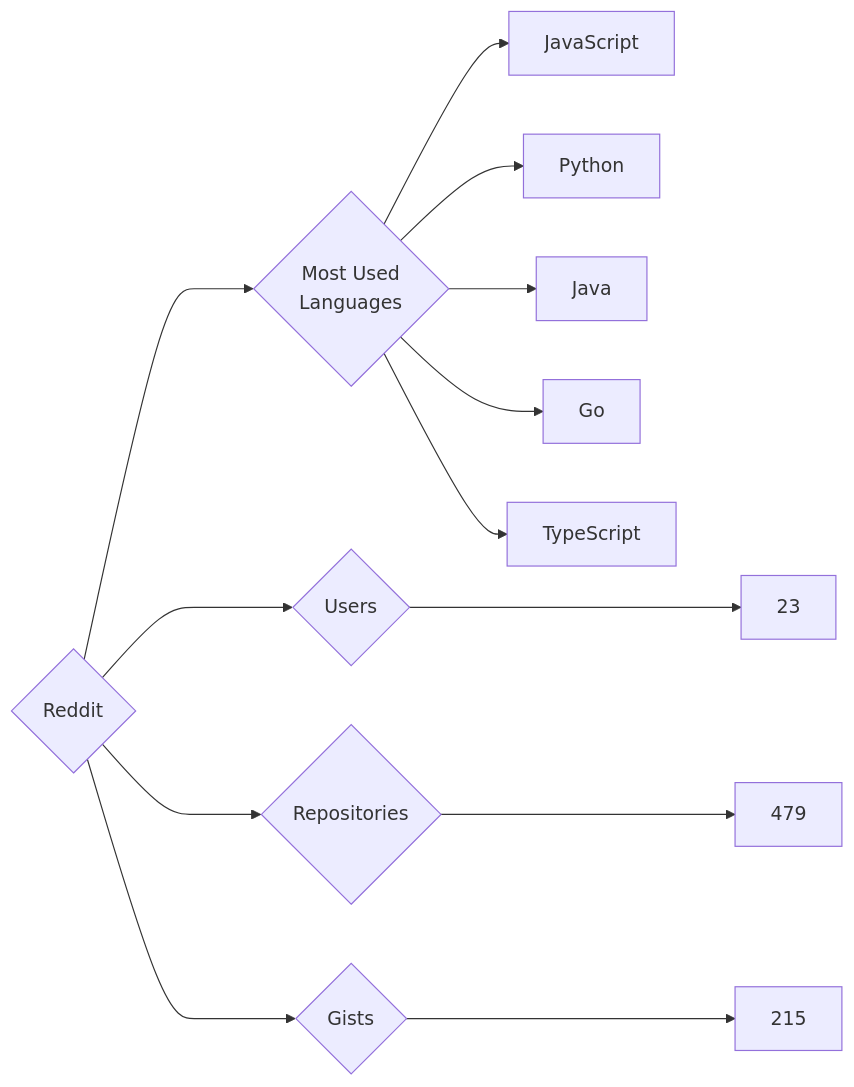
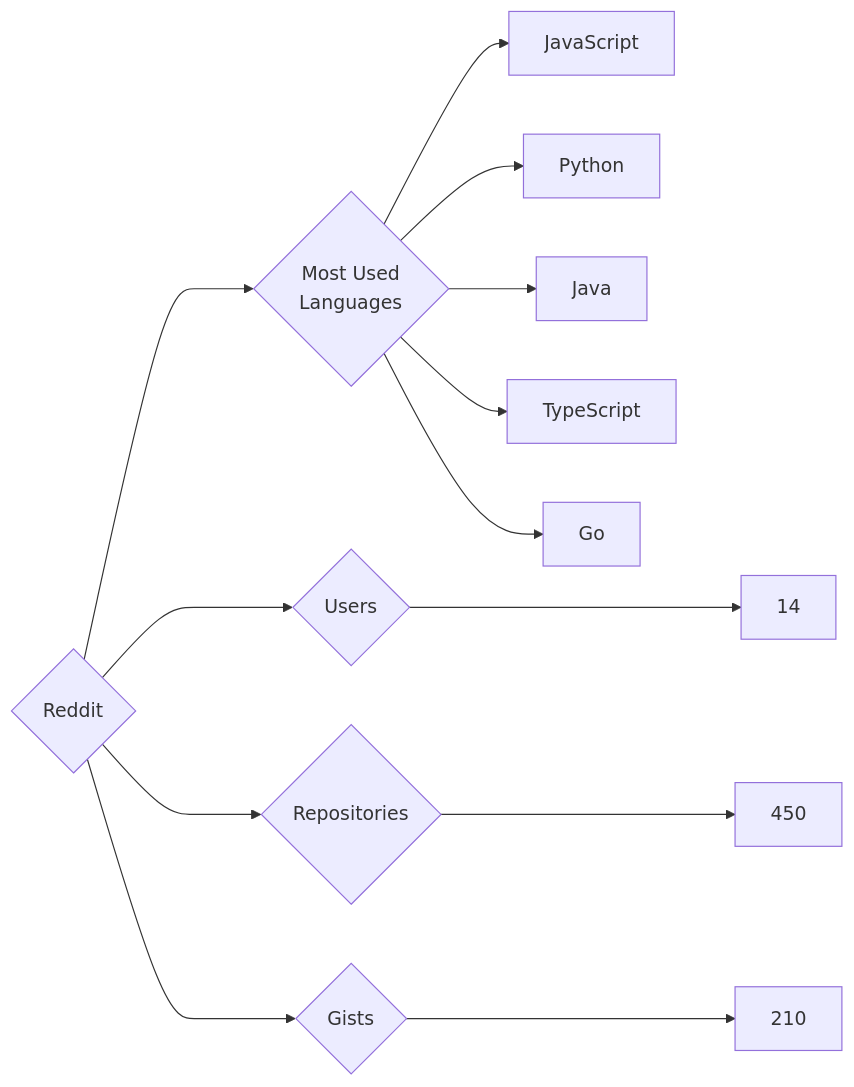
The diagram in targets/Reddit/README.md (trickest/insiders), drawn with Mermaid before and after one commit. The commit also changed 839 other files, not shown here.

````diff
--- a/targets/Reddit/README.md
+++ b/targets/Reddit/README.md
@@ -3,13 +3,13 @@
 ```mermaid
 graph LR
 COMPANY_NAME{Reddit}
-COMPANY_NAME ---> U{Users} ---> UN[23]
-COMPANY_NAME ---> R{Repositories} ---> RN[479]
-COMPANY_NAME ---> G{Gists} ---> GN[215]
+COMPANY_NAME ---> U{Users} ---> UN[14]
+COMPANY_NAME ---> R{Repositories} ---> RN[450]
+COMPANY_NAME ---> G{Gists} ---> GN[210]
 COMPANY_NAME ---> ML{Most Used<br>Languages}
 ML --> JavaScript[JavaScript]
 ML --> Python[Python]
 ML --> Java[Java]
+ML --> TypeScript[TypeScript]
 ML --> Go[Go]
-ML --> TypeScript[TypeScript]
 ```
````
